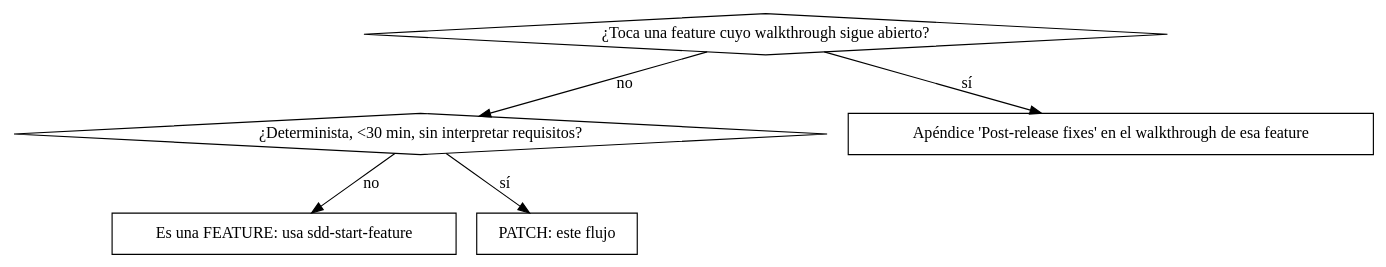
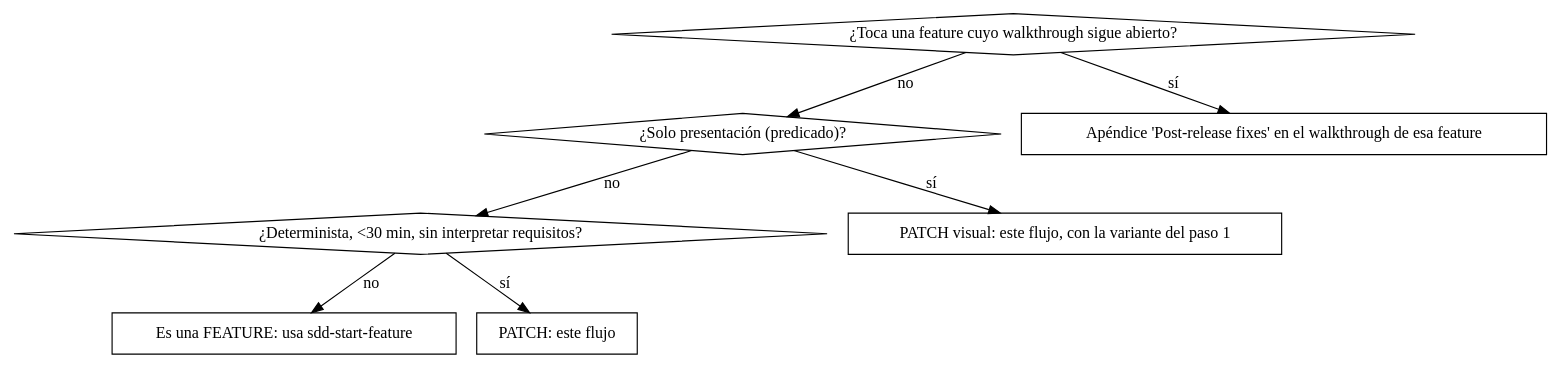
One commit to pikachumetal/sdd-kit changed the diagram in skills/sdd-start-patch/SKILL.md. Above: the diagram before and after it, drawn with Graphviz. The commit also changed other lines of this file and 96 other files, not shown here.

First line of the commit message:
feat(sdd-start-patch): las puertas admiten el ajuste solo de presentación

````diff
--- a/skills/sdd-start-patch/SKILL.md
+++ b/skills/sdd-start-patch/SKILL.md
@@ -17,14 +17,18 @@
 ```dot
 digraph decision {
     "¿Toca una feature cuyo walkthrough sigue abierto?" [shape=diamond];
+    "¿Solo presentación (predicado)?" [shape=diamond];
     "¿Determinista, <30 min, sin interpretar requisitos?" [shape=diamond];
+    "PATCH visual: este flujo, con la variante del paso 1" [shape=box];
     "Apéndice 'Post-release fixes' en el walkthrough de esa feature" [shape=box];
     "Es una FEATURE: usa sdd-start-feature" [shape=box];
     "PATCH: este flujo" [shape=box];
 
     "¿Toca una feature cuyo walkthrough sigue abierto?" -> "Apéndice 'Post-release fixes' en el walkthrough de esa feature" [label="sí"];
-    "¿Toca una feature cuyo walkthrough sigue abierto?" -> "¿Determinista, <30 min, sin interpretar requisitos?" [label="no"];
+    "¿Toca una feature cuyo walkthrough sigue abierto?" -> "¿Solo presentación (predicado)?" [label="no"];
+    "¿Solo presentación (predicado)?" -> "PATCH visual: este flujo, con la variante del paso 1" [label="sí"];
+    "¿Solo presentación (predicado)?" -> "¿Determinista, <30 min, sin interpretar requisitos?" [label="no"];
     "¿Determinista, <30 min, sin interpretar requisitos?" -> "PATCH: este flujo" [label="sí"];
     "¿Determinista, <30 min, sin interpretar requisitos?" -> "Es una FEATURE: usa sdd-start-feature" [label="no"];
 }
 ```
````
